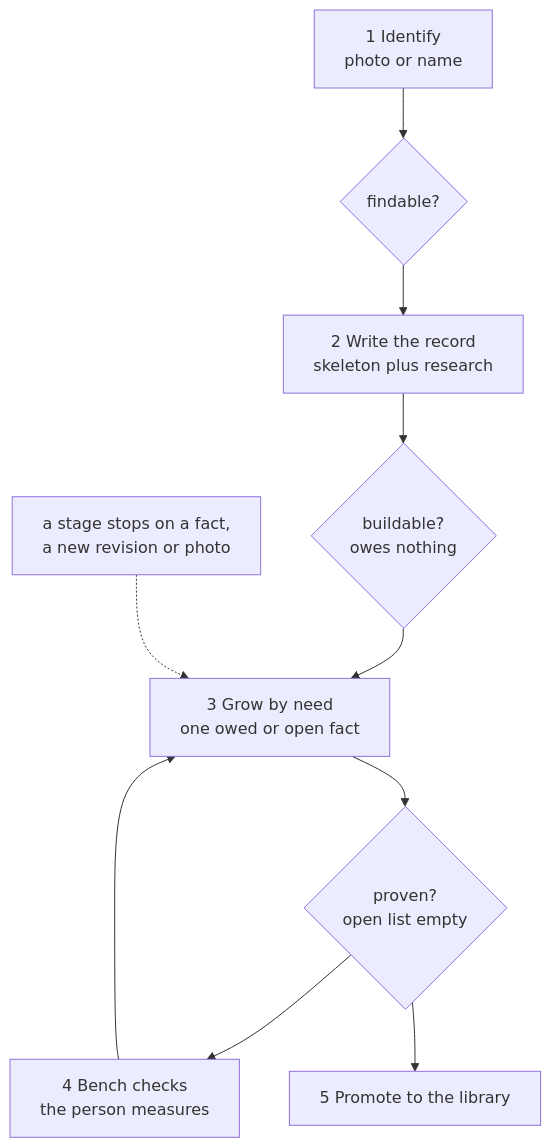
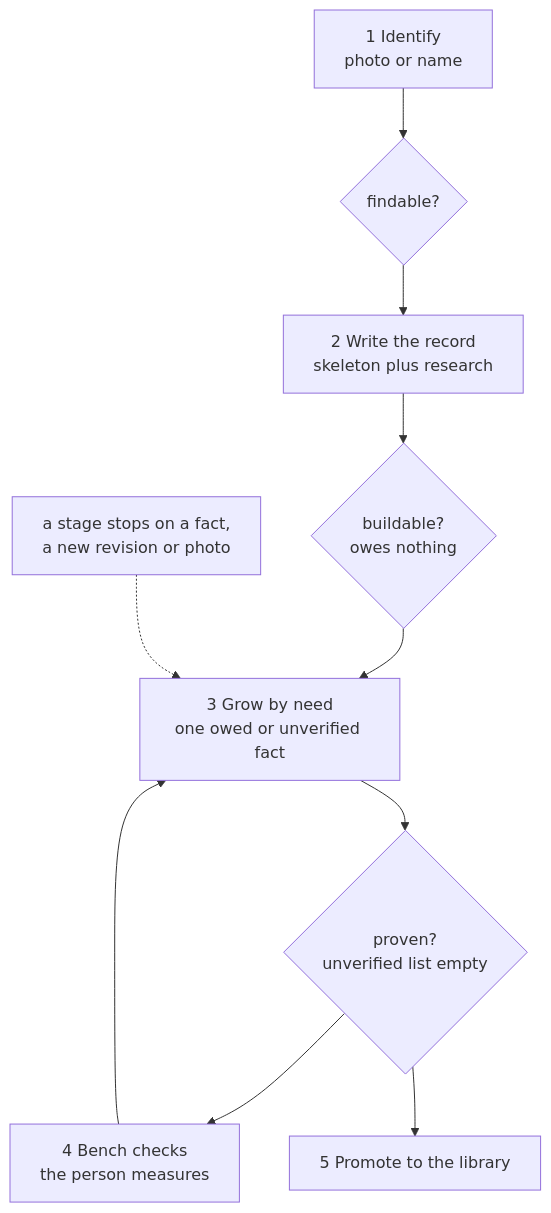
One commit to xmejkal/spark changed the second of 2 diagrams in docs/discovery/2026-10-20-p372-part-record-needs/finding.md. Above: the diagram before and after it, drawn with Mermaid. The commit also changed other lines of this file and 1 other file, not shown here.

````diff
--- a/docs/discovery/2026-10-20-p372-part-record-needs/finding.md
+++ b/docs/discovery/2026-10-20-p372-part-record-needs/finding.md
@@ -133,12 +143,12 @@
 ```mermaid
 flowchart TD
   S1[1 Identify<br/>photo or name] --> C1{findable?}
   C1 --> S2[2 Write the record<br/>skeleton plus research]
   S2 --> C2{buildable?<br/>owes nothing}
-  C2 --> S3[3 Grow by need<br/>one owed or open fact]
-  S3 --> C3{proven?<br/>open list empty}
+  C2 --> S3[3 Grow by need<br/>one owed or unverified fact]
+  S3 --> C3{proven?<br/>unverified list empty}
   C3 --> S4[4 Bench checks<br/>the person measures]
   S4 --> S3
   C3 --> S5[5 Promote to the library]
   X[a stage stops on a fact,<br/>a new revision or photo] -.-> S3
 ```
````
